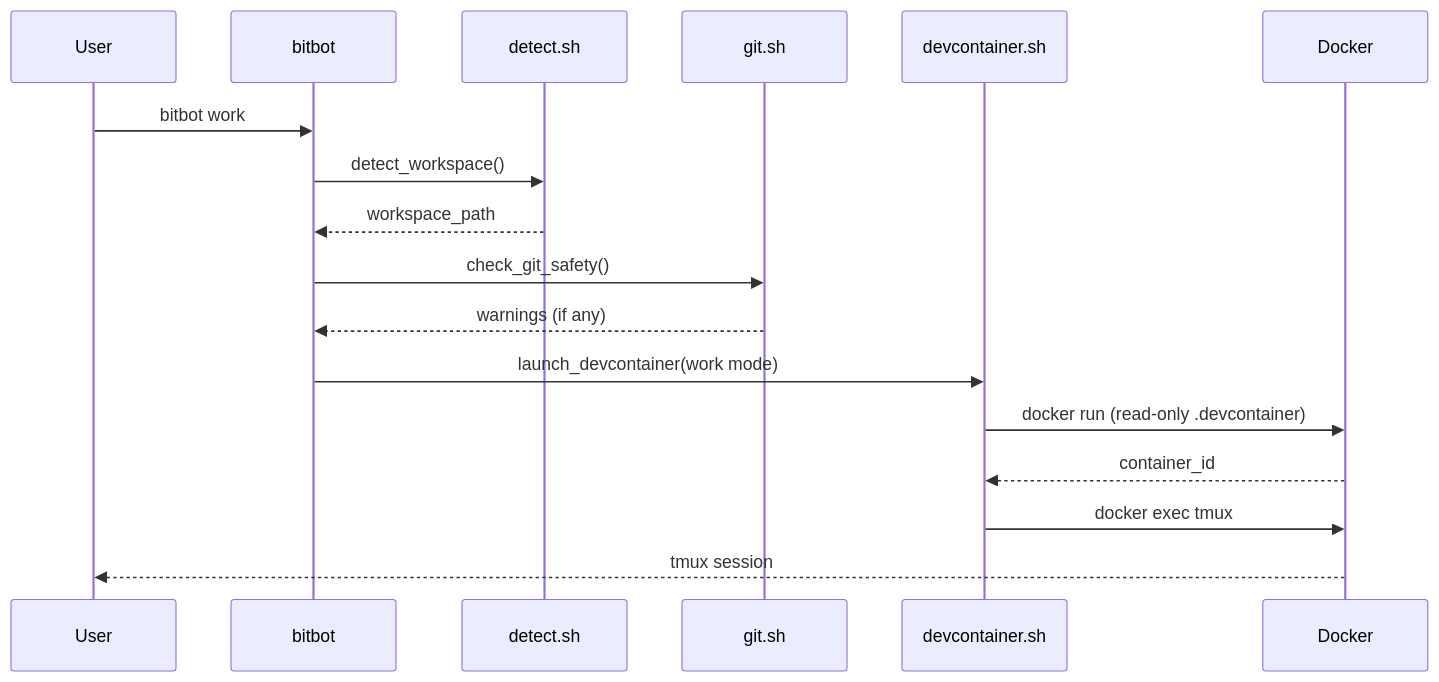
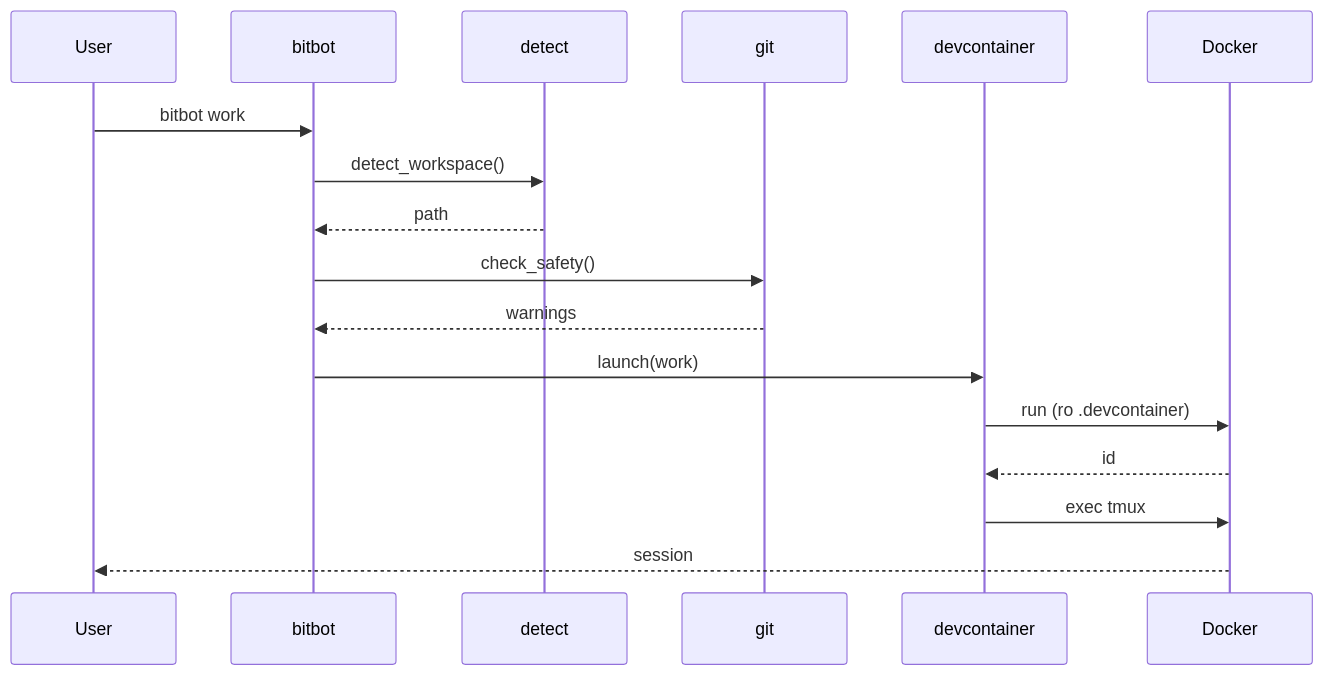
The second of 6 diagrams in sparc/3-architecture/diagrams/06-component-interaction.md (ManuelKugelmann/BitBot), drawn with Mermaid before and after one commit. The commit also changed other lines of this file and 5 other files, not shown here.

First line of the commit message:
Remove Docker from config mode in architecture diagrams

````diff
--- a/sparc/3-architecture/diagrams/06-component-interaction.md
+++ b/sparc/3-architecture/diagrams/06-component-interaction.md
@@ -313,20 +316,20 @@
 ```mermaid
 sequenceDiagram
     participant User
     participant bitbot
-    participant detect.sh
-    participant git.sh
-    participant devcontainer.sh
+    participant detect
+    participant git
+    participant devcontainer
     participant Docker
 
     User->>bitbot: bitbot work
-    bitbot->>detect.sh: detect_workspace()
-    detect.sh-->>bitbot: workspace_path
-    bitbot->>git.sh: check_git_safety()
-    git.sh-->>bitbot: warnings (if any)
-    bitbot->>devcontainer.sh: launch_devcontainer(work mode)
-    devcontainer.sh->>Docker: docker run (read-only .devcontainer)
-    Docker-->>devcontainer.sh: container_id
-    devcontainer.sh->>Docker: docker exec tmux
-    Docker-->>User: tmux session
+    bitbot->>detect: detect_workspace()
+    detect-->>bitbot: path
+    bitbot->>git: check_safety()
+    git-->>bitbot: warnings
+    bitbot->>devcontainer: launch(work)
+    devcontainer->>Docker: run (ro .devcontainer)
+    Docker-->>devcontainer: id
+    devcontainer->>Docker: exec tmux
+    Docker-->>User: session
 ```
````
